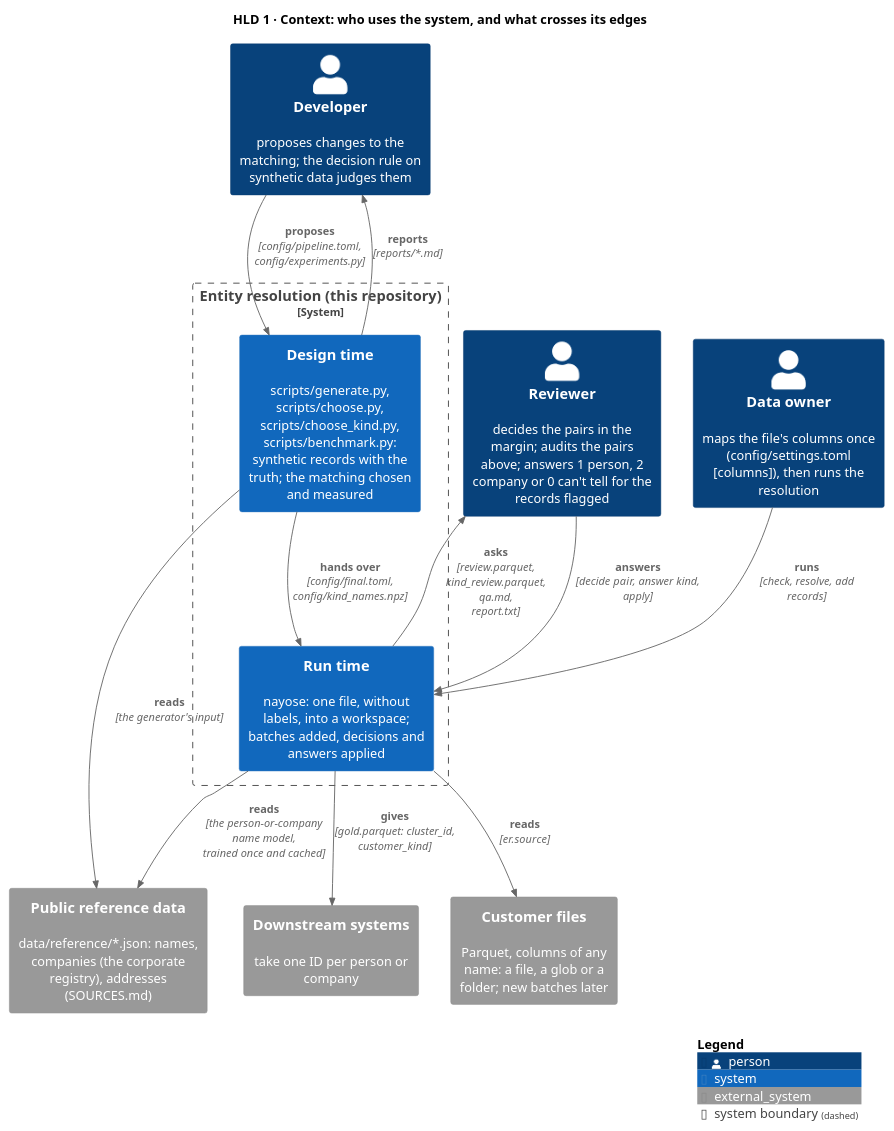
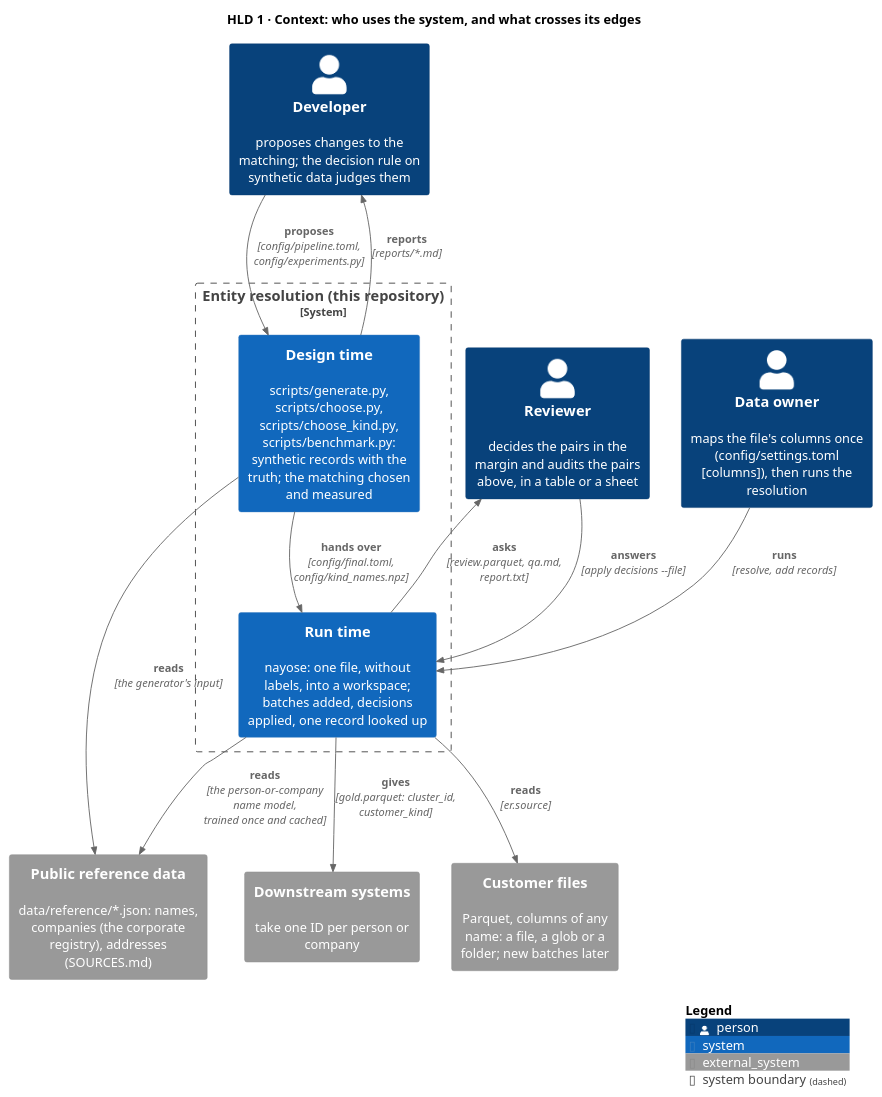
The diagram in docs/diagrams/context.puml (mvsbm/entity_matching), drawn with PlantUML before and after one commit. The commit also changed 66 other files, not shown here.

First line of the commit message:
The command line keeps the six commands production runs: resolve, add and match records, apply decisions, build index, match record; the UI, auto mode, the inbox, details, trials and 55 other commands go

```diff
--- a/docs/diagrams/context.puml
+++ b/docs/diagrams/context.puml
@@ -1,31 +1,31 @@
 @startuml context
 !include <C4/C4_Context>
 LAYOUT_TOP_DOWN()
 HIDE_STEREOTYPE()
 title HLD 1 · Context: who uses the system, and what crosses its edges
 
 Person(owner, "Data owner", "maps the file's columns once (config/settings.toml [columns]), then runs the resolution")
-Person(reviewer, "Reviewer", "decides the pairs in the margin; audits the pairs above; answers 1 person, 2 company or 0 can't tell for the records flagged")
+Person(reviewer, "Reviewer", "decides the pairs in the margin and audits the pairs above, in a table or a sheet")
 Person(developer, "Developer", "proposes changes to the matching; the decision rule on synthetic data judges them")
 
 System_Ext(files, "Customer files", "Parquet, columns of any name: a file, a glob or a folder; new batches later")
 System_Ext(reference, "Public reference data", "data/reference/*.json: names, companies (the corporate registry), addresses (SOURCES.md)")
 System_Ext(downstream, "Downstream systems", "take one ID per person or company")
 
 System_Boundary(er, "Entity resolution (this repository)") {
-  System(runtime, "Run time", "nayose: one file, without labels, into a workspace; batches added, decisions and answers applied")
+  System(runtime, "Run time", "nayose: one file, without labels, into a workspace; batches added, decisions applied, one record looked up")
   System(design, "Design time", "scripts/generate.py, scripts/choose.py, scripts/choose_kind.py, scripts/benchmark.py: synthetic records with the truth; the matching chosen and measured")
 }
 
-Rel(owner, runtime, "runs", "check, resolve, add records")
+Rel(owner, runtime, "runs", "resolve, add records")
 Rel(runtime, files, "reads", "er.source")
 Rel(runtime, reference, "reads", "the person-or-company name model, trained once and cached")
 Rel(design, reference, "reads", "the generator's input")
 Rel(developer, design, "proposes", "config/pipeline.toml, config/experiments.py")
 Rel(design, developer, "reports", "reports/*.md")
 Rel(design, runtime, "hands over", "config/final.toml, config/kind_names.npz")
-Rel(runtime, reviewer, "asks", "review.parquet, kind_review.parquet, qa.md, report.txt")
-Rel(reviewer, runtime, "answers", "decide pair, answer kind, apply")
+Rel(runtime, reviewer, "asks", "review.parquet, qa.md, report.txt")
+Rel(reviewer, runtime, "answers", "apply decisions --file")
 Rel(runtime, downstream, "gives", "gold.parquet: cluster_id, customer_kind")
 SHOW_LEGEND()
 @enduml
```
